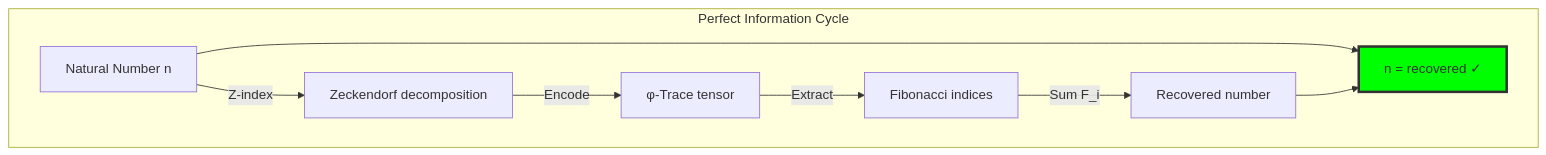
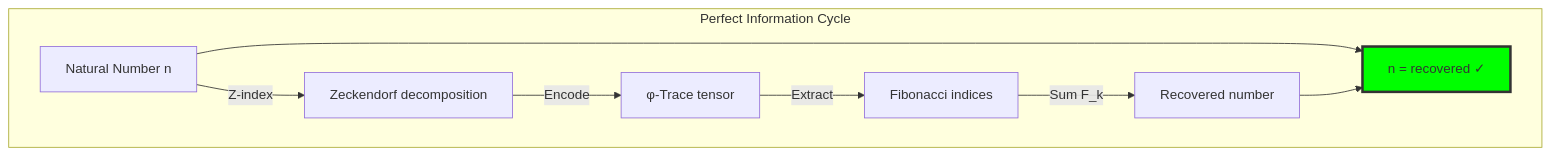
One commit to loning/the-binarymath changed the fourth of 14 diagrams in docs/codex/volume-01-trace-numbers/chapter-020-collapse-decode.md. Above: the diagram before and after it, drawn with Mermaid. The commit also changed other lines of this file and 32 other files, not shown here.

````diff
--- a/docs/codex/volume-01-trace-numbers/chapter-020-collapse-decode.md
+++ b/docs/codex/volume-01-trace-numbers/chapter-020-collapse-decode.md
@@ -281,21 +283,21 @@
 ```mermaid
 graph TD
     subgraph "Perfect Information Cycle"
         NUM["Natural Number n"]
         ZECK["Zeckendorf decomposition"]
         TRACE["φ-Trace tensor"]
         INDICES["Fibonacci indices"]
         RECOVERY["Recovered number"]
         
         NUM -->|"Z-index"| ZECK
         ZECK -->|"Encode"| TRACE
         TRACE -->|"Extract"| INDICES
-        INDICES -->|"Sum F_i"| RECOVERY
+        INDICES -->|"Sum F_k"| RECOVERY
         
         PERFECT["n = recovered ✓"]
         
         NUM & RECOVERY --> PERFECT
     end
     
     style PERFECT fill:#0f0,stroke:#333,stroke-width:3px
 ```
````
